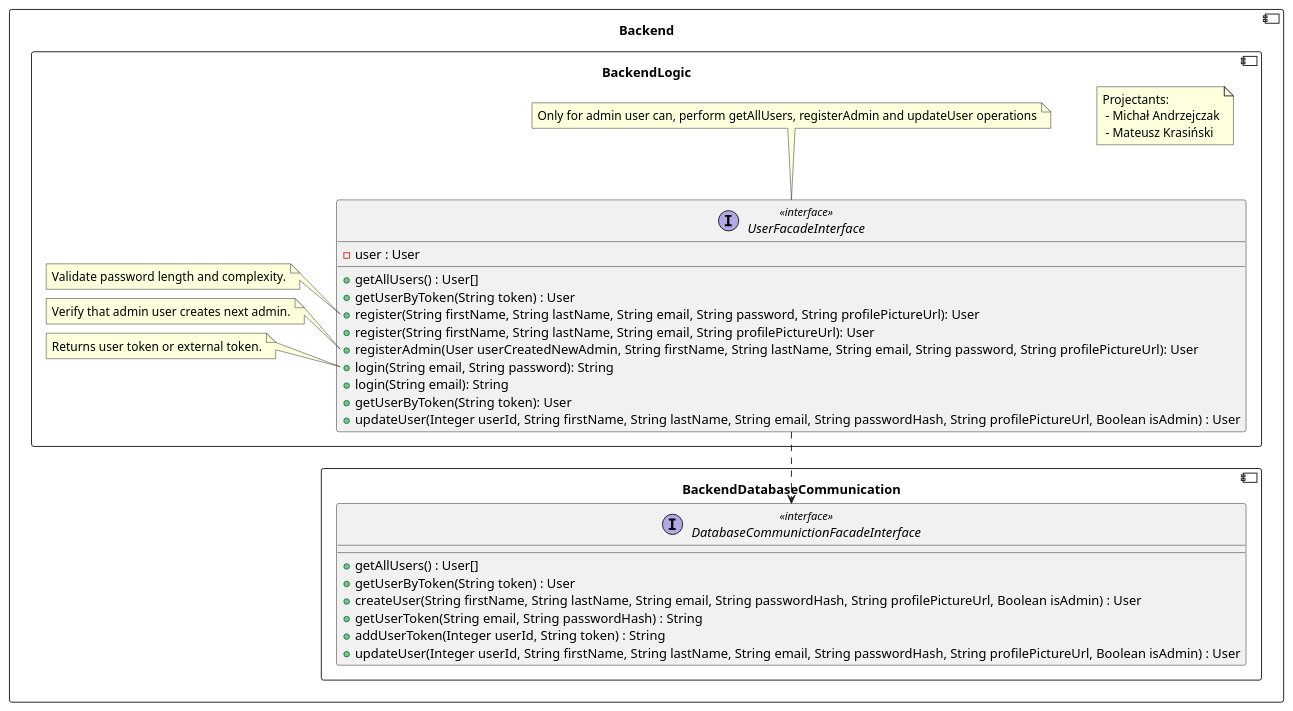
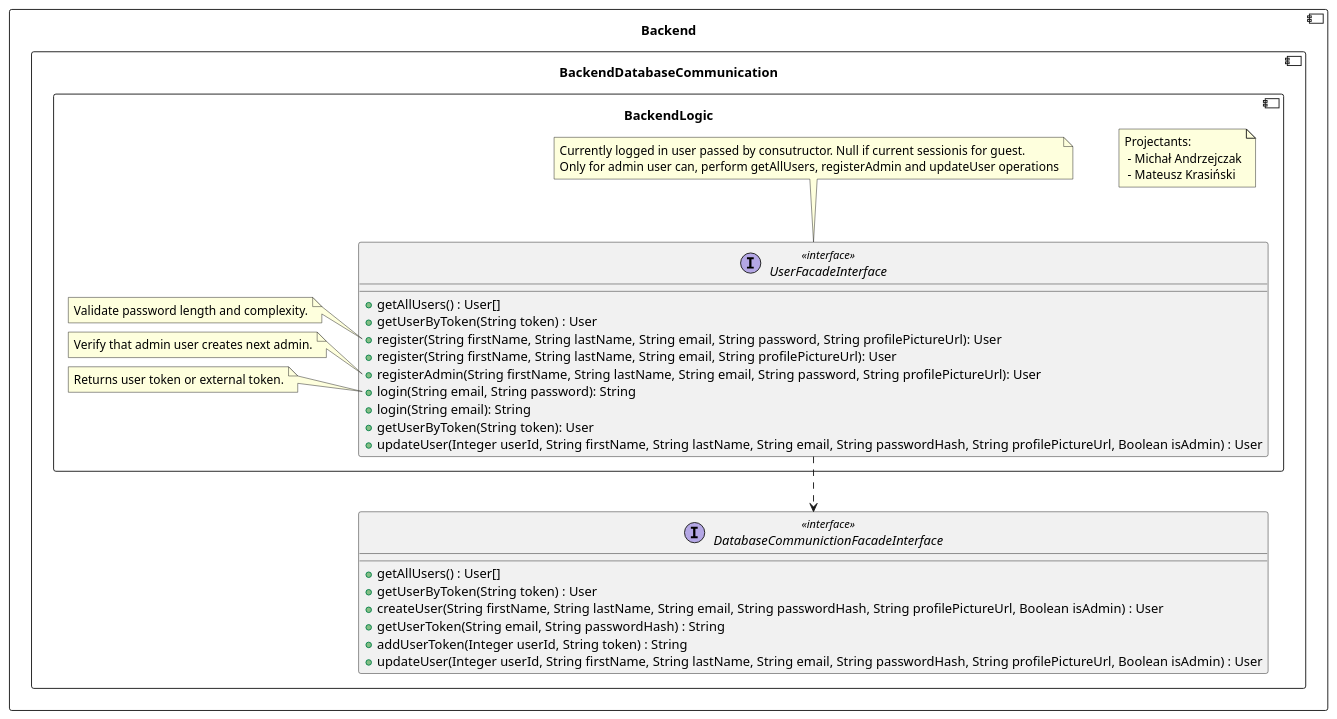
One commit to RadekBucki/OpinionCollectorArchitecture changed the second of 5 diagrams in backend/BackendLogic.md. Above: the diagram before and after it, drawn with PlantUML. The commit also changed other lines of this file, not shown here.

````diff
--- a/backend/BackendLogic.md
+++ b/backend/BackendLogic.md
@@ -27,55 +27,54 @@
 ```plantuml
 @startuml
 component Backend {
     component BackendDatabaseCommunication {
         interface DatabaseCommunictionFacadeInterface <<interface>>{
             + getAllUsers() : User[]
             + getUserByToken(String token) : User
             + createUser(String firstName, String lastName, String email, String passwordHash, String profilePictureUrl, Boolean isAdmin) : User
             + getUserToken(String email, String passwordHash) : String
             + addUserToken(Integer userId, String token) : String
             + updateUser(Integer userId, String firstName, String lastName, String email, String passwordHash, String profilePictureUrl, Boolean isAdmin) : User
         }
-    }
     
     component BackendLogic {
         note as Authors
             Projectants: 
              - Michał Andrzejczak
              - Mateusz Krasiński
         endnote
         
         UserFacadeInterface ..> DatabaseCommunictionFacadeInterface
         
         interface UserFacadeInterface <<interface>> {
-            - user : User
             + getAllUsers() : User[]
             + getUserByToken(String token) : User
             + register(String firstName, String lastName, String email, String password, String profilePictureUrl): User
             + register(String firstName, String lastName, String email, String profilePictureUrl): User
-            + registerAdmin(User userCreatedNewAdmin, String firstName, String lastName, String email, String password, String profilePictureUrl): User
+            + registerAdmin(String firstName, String lastName, String email, String password, String profilePictureUrl): User
             + login(String email, String password): String
             + login(String email): String
             + getUserByToken(String token): User
             + updateUser(Integer userId, String firstName, String lastName, String email, String passwordHash, String profilePictureUrl, Boolean isAdmin) : User
         }
     
         note top of UserFacadeInterface
+            Currently logged in user passed by consutructor. Null if current sessionis for guest.
             Only for admin user can, perform getAllUsers, registerAdmin and updateUser operations
         endnote
     
         note left of UserFacadeInterface::register
             Validate password length and complexity.
         endnote
     
         note left of UserFacadeInterface::registerAdmin
             Verify that admin user creates next admin.
         endnote
     
         note left of UserFacadeInterface::login
             Returns user token or external token.
         endnote
     }
 }
 @enduml 
 ```
````
